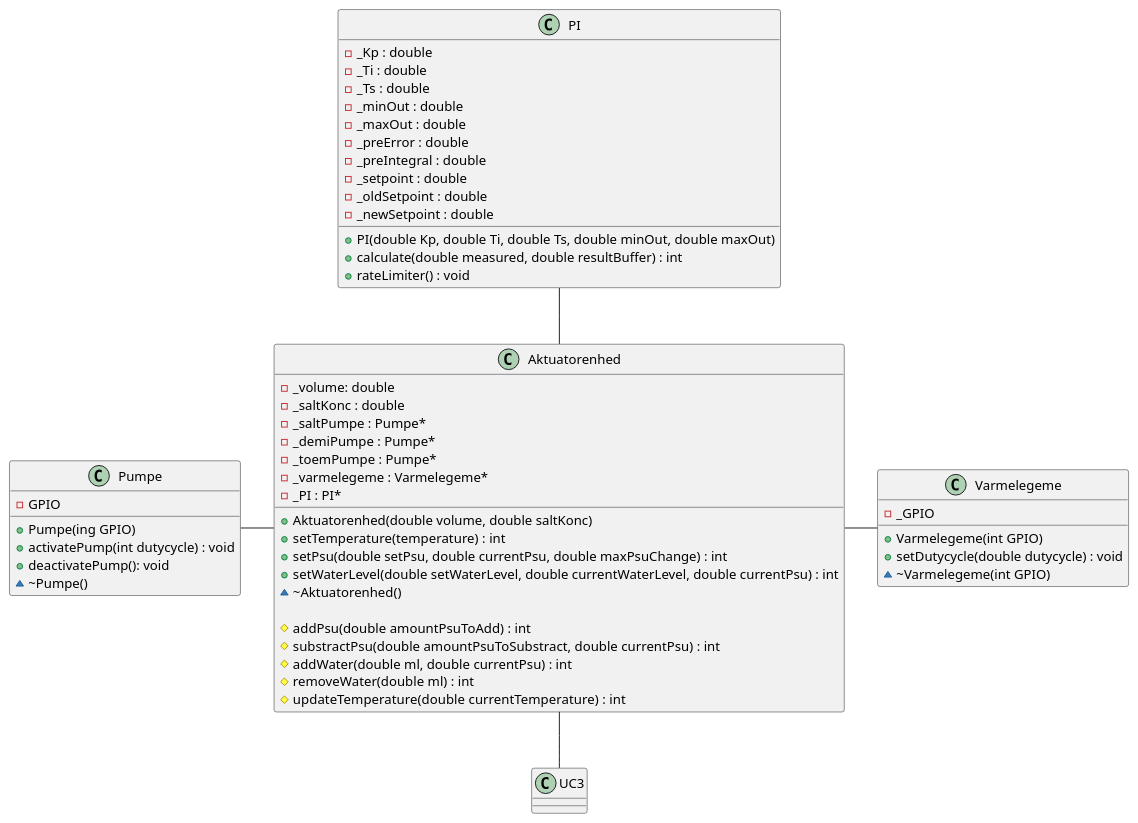
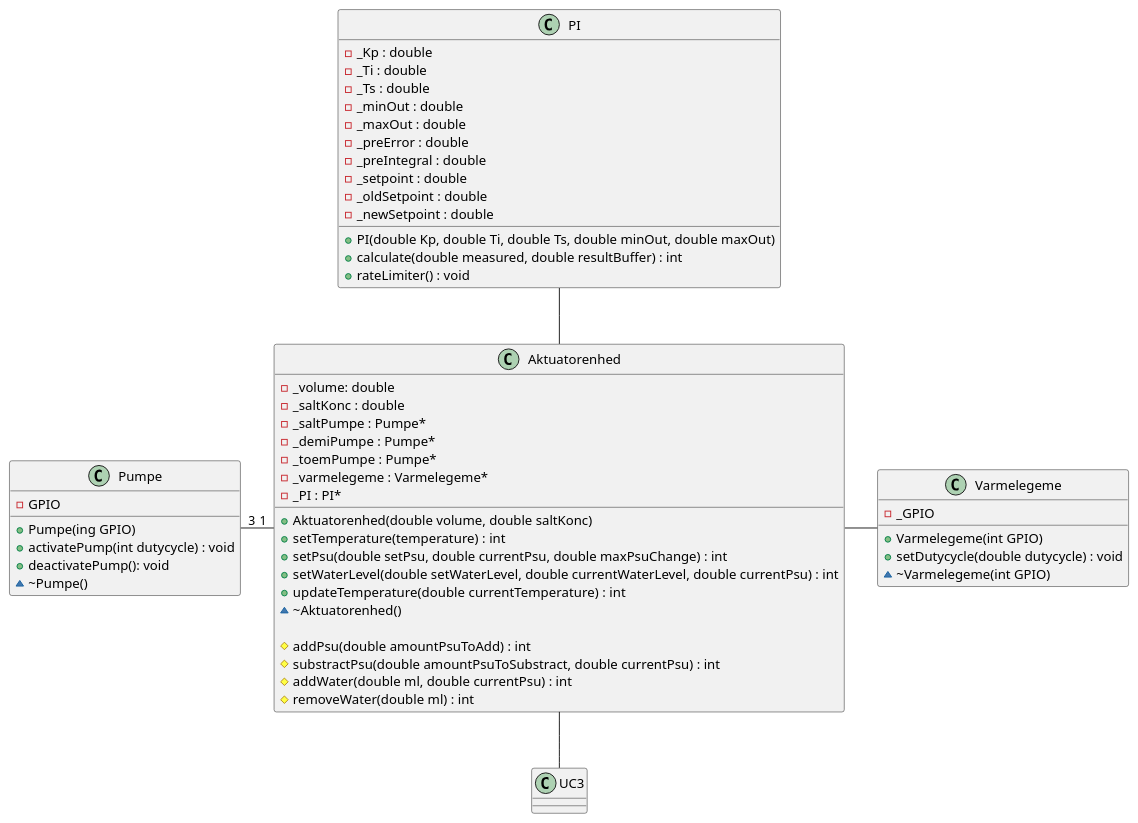
One commit to Solvgraa-mager/E4PRJ4 changed the diagram in Design/Akutuator enhed/Software/AE_Klassediagram/AE_Klassediagram.puml. Above: the diagram before and after it, drawn with PlantUML. The commit also changed 24 other files, not shown here.

```diff
--- a/Design/Akutuator enhed/Software/AE_Klassediagram/AE_Klassediagram.puml
+++ b/Design/Akutuator enhed/Software/AE_Klassediagram/AE_Klassediagram.puml
@@ -1,72 +1,72 @@
-@startuml AE_Klaseediagram
+@startuml AE_Klassediagram
 class "Aktuatorenhed" as a
 {
     - _volume: double
     - _saltKonc : double
     - _saltPumpe : Pumpe*
     - _demiPumpe : Pumpe*
     - _toemPumpe : Pumpe*
     - _varmelegeme : Varmelegeme*
     - _PI : PI*
 
     + Aktuatorenhed(double volume, double saltKonc)
     + setTemperature(temperature) : int 
     + setPsu(double setPsu, double currentPsu, double maxPsuChange) : int 
     + setWaterLevel(double setWaterLevel, double currentWaterLevel, double currentPsu) : int   
+    + updateTemperature(double currentTemperature) : int
     ~ ~Aktuatorenhed()
 
     # addPsu(double amountPsuToAdd) : int 
     # substractPsu(double amountPsuToSubstract, double currentPsu) : int
     # addWater(double ml, double currentPsu) : int
     # removeWater(double ml) : int 
-    # updateTemperature(double currentTemperature) : int
 }
 
 class "Varmelegeme" as v
 {
     -_GPIO
     
     +Varmelegeme(int GPIO)
     +setDutycycle(double dutycycle) : void
     ~ ~Varmelegeme(int GPIO)
 }
 
 class "Pumpe" as p
 {
     -GPIO
 
     +Pumpe(ing GPIO)
     +activatePump(int dutycycle) : void
     +deactivatePump(): void
      ~ ~Pumpe() 
 }
 
 class "PI" as pi
 {
     -_Kp : double
     -_Ti : double
     -_Ts : double
     -_minOut : double
     -_maxOut : double
     -_preError : double
     -_preIntegral : double
     -_setpoint : double
     -_oldSetpoint : double
     -_newSetpoint : double
 
     + PI(double Kp, double Ti, double Ts, double minOut, double maxOut)
     + calculate(double measured, double resultBuffer) : int
     + rateLimiter() : void
 }
 
 
 class "UC3" as u
 
 pi -- a
-p - a
+p "3" - "1"a
 a - v
 a -- u
 
 
 
 @enduml
```
